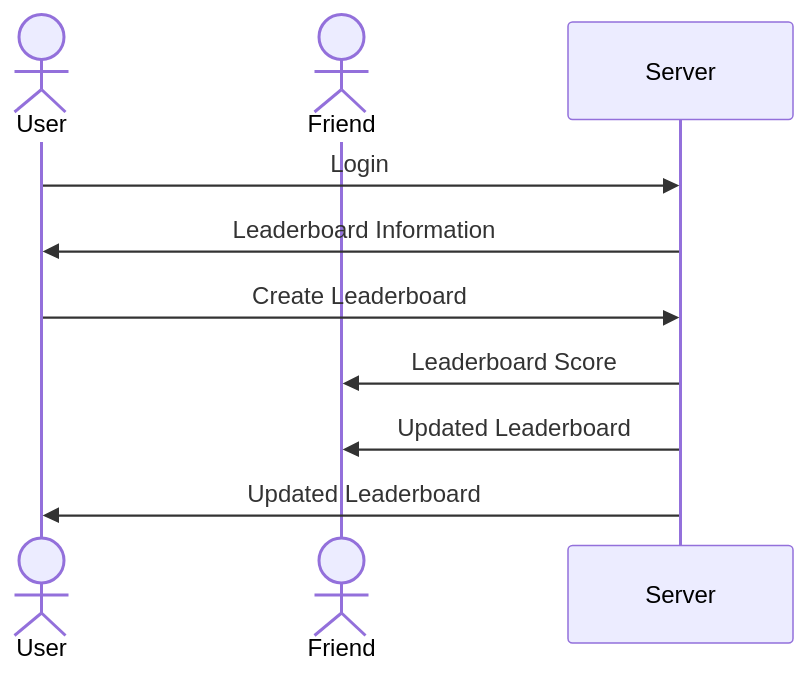
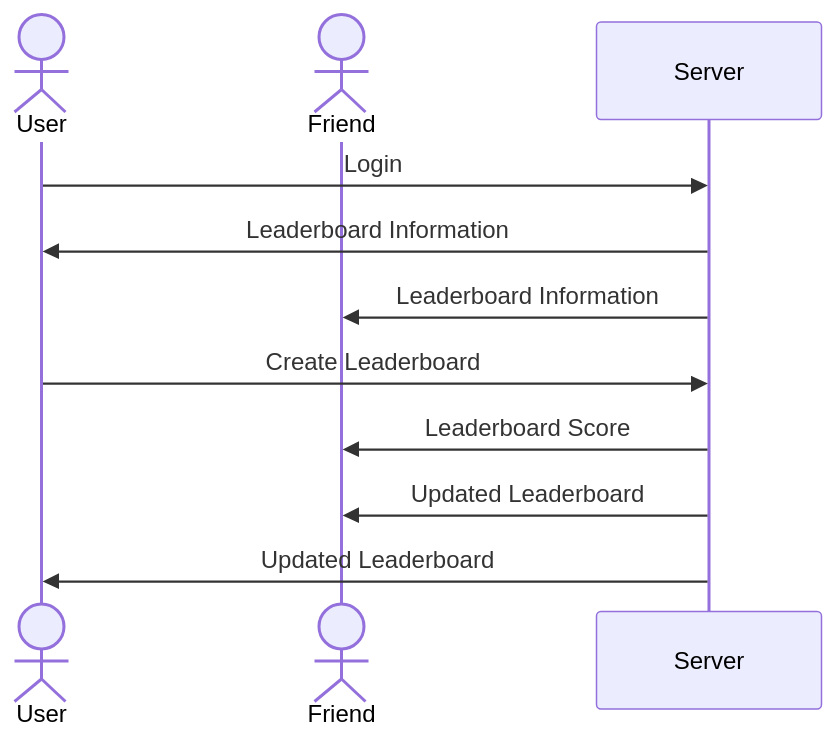
Before and after one commit to jarommasters-max/boardification: the diagram in README.md, drawn with Mermaid.

Commit message:
Added to Diagram

````diff
--- a/README.md
+++ b/README.md
@@ -27,11 +27,12 @@
 ```mermaid
 sequenceDiagram
     actor User
     actor Friend
     User->>Server: Login
     Server->>User: Leaderboard Information
+    Server->>Friend: Leaderboard Information
     User->>Server: Create Leaderboard
     Server->>Friend: Leaderboard Score
     Server->>Friend: Updated Leaderboard
     Server->>User: Updated Leaderboard
 ```
````
